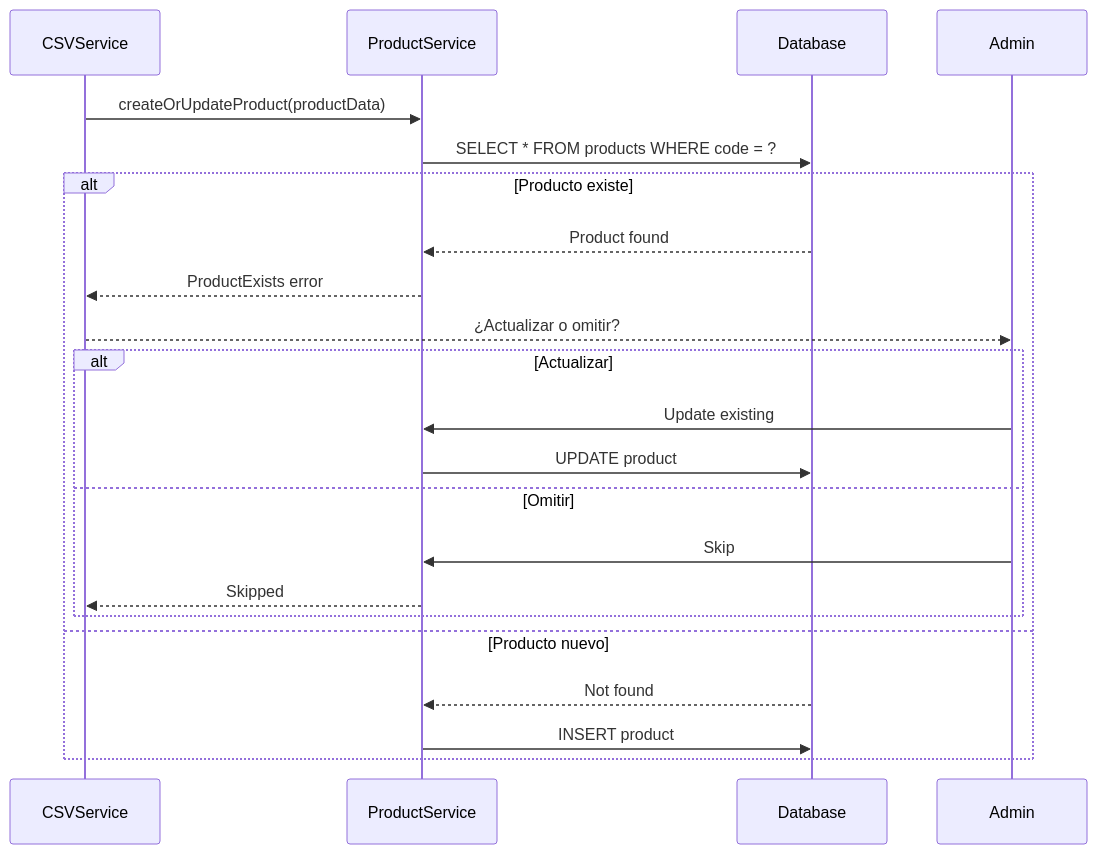
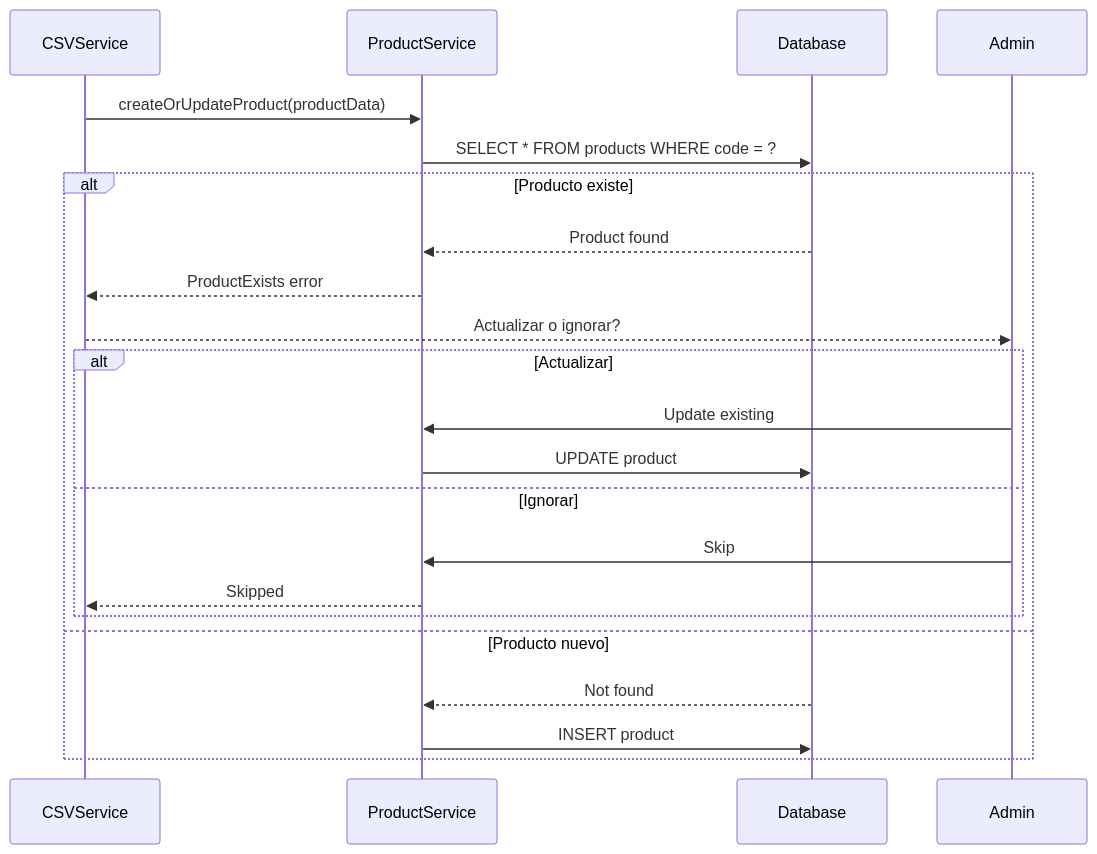
The fourth of 13 diagrams in docs/diagramas/DIAGRAMAS_UML.md (MarioEstu/sistem-aljaba), drawn with Mermaid before and after one commit. The commit also changed other lines of this file and 3 other files, not shown here.

````diff
--- a/docs/diagramas/DIAGRAMAS_UML.md
+++ b/docs/diagramas/DIAGRAMAS_UML.md
@@ -287,27 +298,27 @@
 ```mermaid
 sequenceDiagram
     participant CSVService
     participant ProductService
     participant Database
     participant Admin
-    
+
     CSVService->>ProductService: createOrUpdateProduct(productData)
     ProductService->>Database: SELECT * FROM products WHERE code = ?
-    
+
     alt Producto existe
         Database-->>ProductService: Product found
         ProductService-->>CSVService: ProductExists error
-        CSVService-->>Admin: ¿Actualizar o omitir?
-        
+        CSVService-->>Admin: Actualizar o ignorar?
+
         alt Actualizar
             Admin->>ProductService: Update existing
             ProductService->>Database: UPDATE product
-        else Omitir
+        else Ignorar
             Admin->>ProductService: Skip
             ProductService-->>CSVService: Skipped
         end
     else Producto nuevo
         Database-->>ProductService: Not found
         ProductService->>Database: INSERT product
     end
 ```
````
